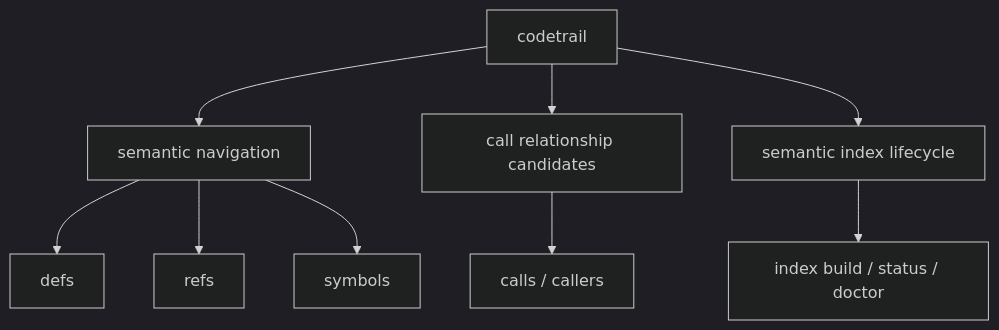
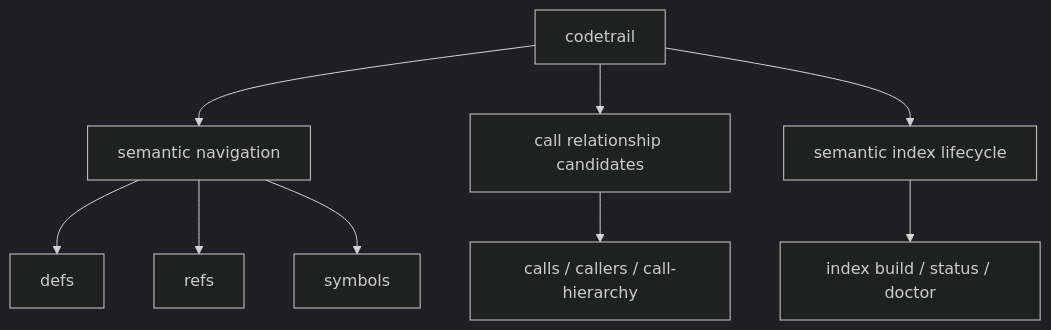
Before and after one commit to mars167/CodeTrail: the first of 2 diagrams in docs/02-command-contract.md, drawn with Mermaid (dark theme). The commit also changed other lines of this file and 23 other files, not shown here.

Commit message:
feat: add Java semantic call hierarchy

````diff
--- a/docs/02-command-contract.md
+++ b/docs/02-command-contract.md
@@ -9,12 +9,12 @@
 ```mermaid
 flowchart TB
   CS["codetrail"] --> Nav["semantic navigation"]
   CS --> Rel["call relationship candidates"]
   CS --> Index["semantic index lifecycle"]
 
   Nav --> Defs["defs"]
   Nav --> Refs["refs"]
   Nav --> Symbols["symbols"]
-  Rel --> Calls["calls / callers"]
+  Rel --> Calls["calls / callers / call-hierarchy"]
   Index --> IndexCmds["index build / status / doctor"]
 ```
````
